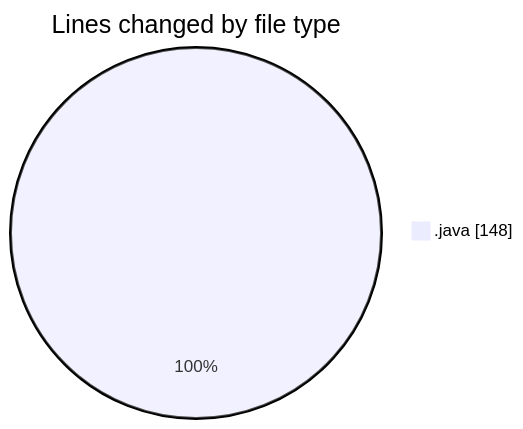
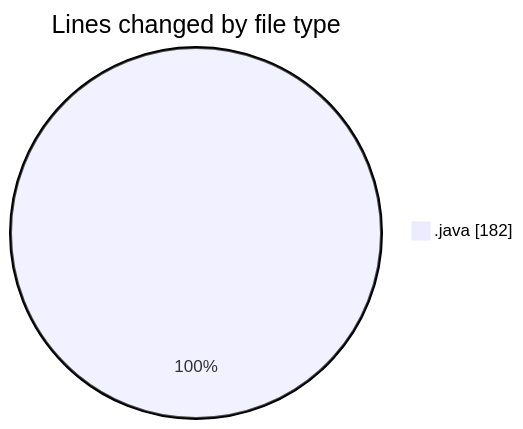
The first of 2 diagrams in 2026-05-22/cilapp/README.md (ricardozamudiocil/code-tracking), drawn with Mermaid before and after one commit. The commit also changed other lines of this file and 1 other file, not shown here.

````diff
--- a/2026-05-22/cilapp/README.md
+++ b/2026-05-22/cilapp/README.md
@@ -20,5 +20,5 @@
 ```mermaid
 pie showData
 title Lines changed by file type
-".java" : 148
+".java" : 182
 ```
````
